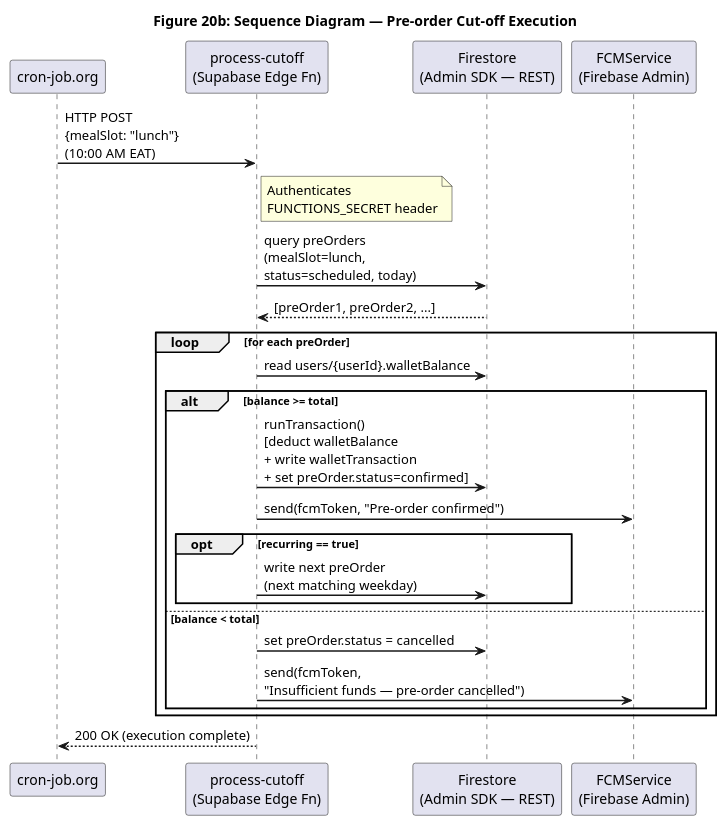
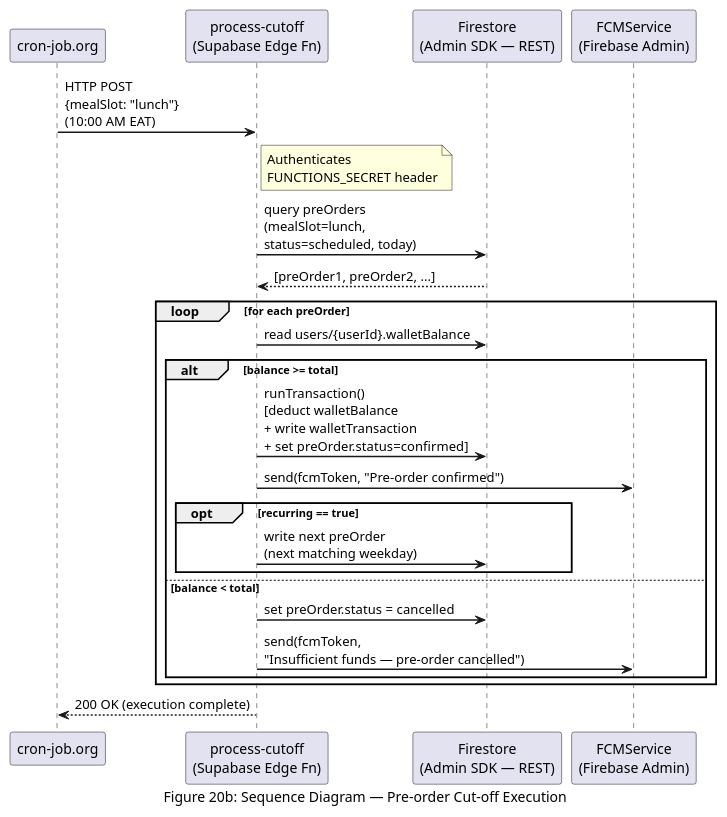
The eighth of 9 diagrams in pdf-source/figures/ch-5.md (Musyonchez/beni-2), drawn with PlantUML before and after one commit. The commit also changed other lines of this file and 30 other files, not shown here.

First line of the commit message:
chore: update figures, add generated PNGs, fix figure follow-up paragraphs

````diff
--- a/pdf-source/figures/ch-5.md
+++ b/pdf-source/figures/ch-5.md
@@ -461,36 +461,36 @@
 ```plantuml
 @startuml Figure20b_SequenceDiagramB
 skinparam backgroundColor white
 skinparam defaultFontName Arial
 skinparam sequenceArrowThickness 1.5
-title Figure 20b: Sequence Diagram — Pre-order Cut-off Execution
+caption Figure 20b: Sequence Diagram — Pre-order Cut-off Execution
 
 participant "cron-job.org" as Cron
 participant "process-cutoff\n(Supabase Edge Fn)" as Fn
 participant "Firestore\n(Admin SDK — REST)" as FS
 participant "FCMService\n(Firebase Admin)" as FCM
 
 Cron -> Fn : HTTP POST\n{mealSlot: "lunch"}\n(10:00 AM EAT)
 note right of Fn : Authenticates\nFUNCTIONS_SECRET header
 
 Fn -> FS : query preOrders\n(mealSlot=lunch,\nstatus=scheduled, today)
 FS --> Fn : [preOrder1, preOrder2, ...]
 
 loop for each preOrder
   Fn -> FS : read users/{userId}.walletBalance
   alt balance >= total
     Fn -> FS : runTransaction()\n[deduct walletBalance\n+ write walletTransaction\n+ set preOrder.status=confirmed]
     Fn -> FCM : send(fcmToken, "Pre-order confirmed")
     opt recurring == true
       Fn -> FS : write next preOrder\n(next matching weekday)
     end
   else balance < total
     Fn -> FS : set preOrder.status = cancelled
     Fn -> FCM : send(fcmToken,\n"Insufficient funds — pre-order cancelled")
   end
 end
 
 Fn --> Cron : 200 OK (execution complete)
 
 @enduml
 ```
````
